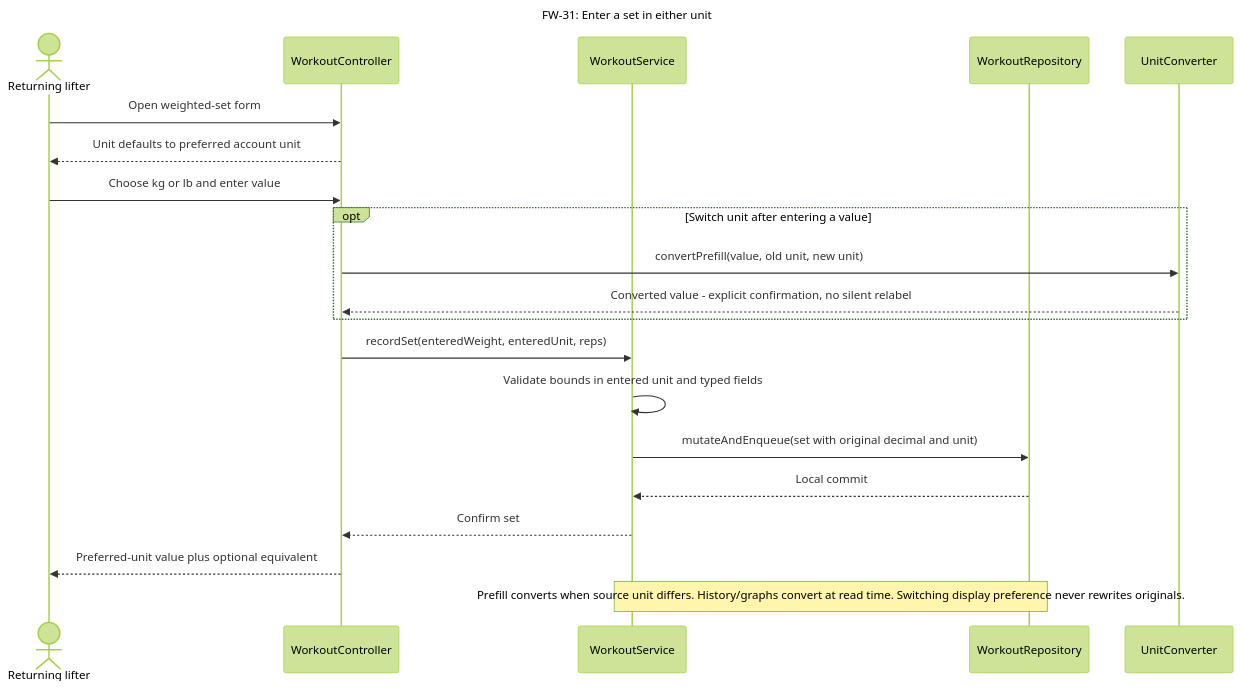
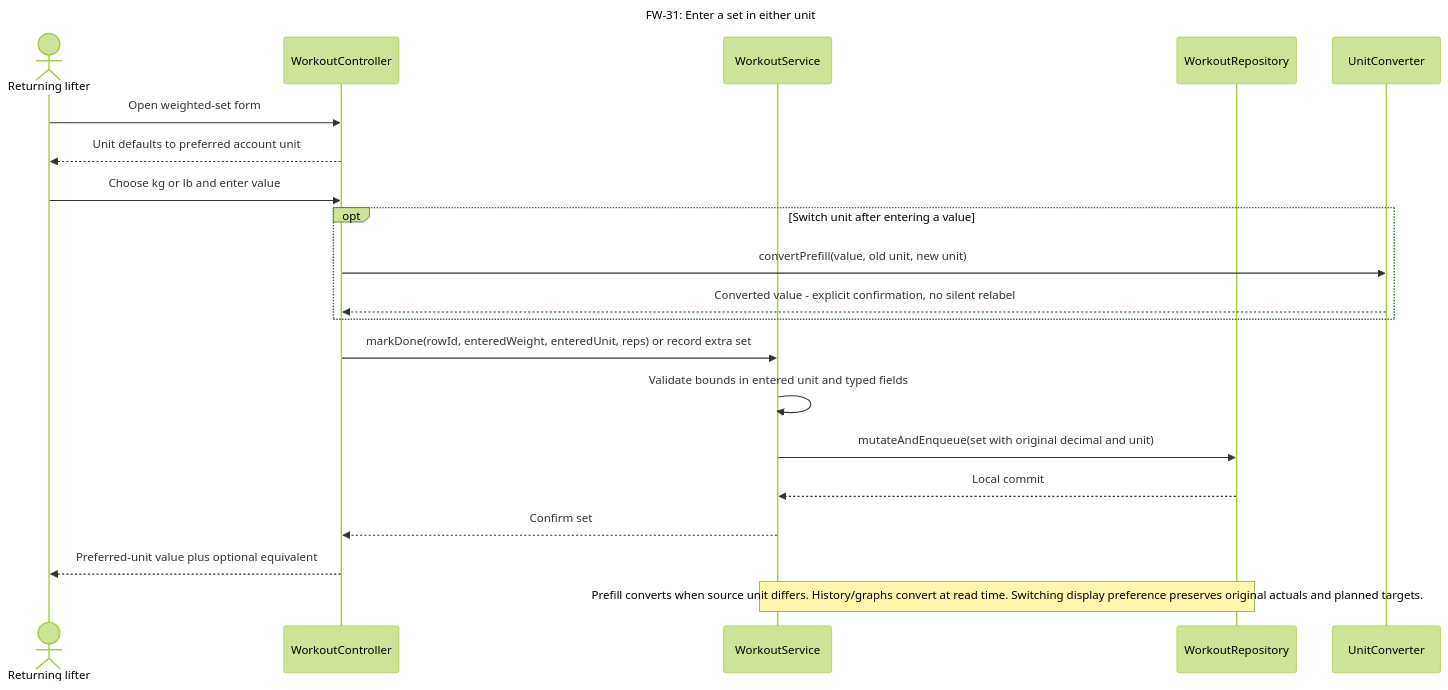
Before and after one commit to SebasLopez2005/SWEProject1: the diagram in docs/part2/design/diagrams/sequence/FW-31.mmd, drawn with Mermaid (forest theme). The commit also changed 47 other files, not shown here.

```diff
--- a/docs/part2/design/diagrams/sequence/FW-31.mmd
+++ b/docs/part2/design/diagrams/sequence/FW-31.mmd
@@ -1,21 +1,21 @@
 sequenceDiagram
     title FW-31: Enter a set in either unit
     actor U as Returning lifter
     participant C as WorkoutController
     participant S as WorkoutService
     participant R as WorkoutRepository
     participant P as UnitConverter
     U->>C: Open weighted-set form
     C-->>U: Unit defaults to preferred account unit
     U->>C: Choose kg or lb and enter value
     opt Switch unit after entering a value
      C->>P: convertPrefill(value, old unit, new unit)
      P-->>C: Converted value -  explicit confirmation, no silent relabel
     end
-    C->>S: recordSet(enteredWeight, enteredUnit, reps)
+    C->>S: markDone(rowId, enteredWeight, enteredUnit, reps) or record extra set
     S->>S: Validate bounds in entered unit and typed fields
     S->>R: mutateAndEnqueue(set with original decimal and unit)
     R-->>S: Local commit
     S-->>C: Confirm set
     C-->>U: Preferred-unit value plus optional equivalent
-    Note over S,R: Prefill converts when source unit differs. History/graphs convert at read time. Switching display preference never rewrites originals.
+    Note over S,R: Prefill converts when source unit differs. History/graphs convert at read time. Switching display preference preserves original actuals and planned targets.
```
